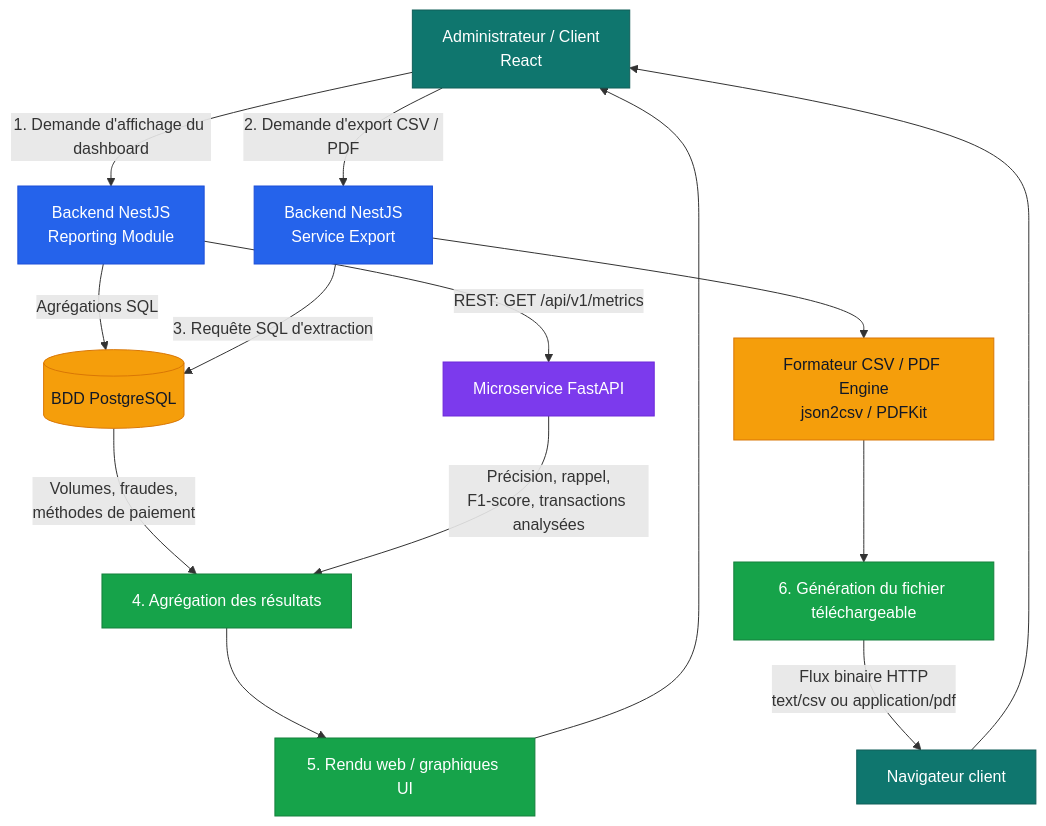
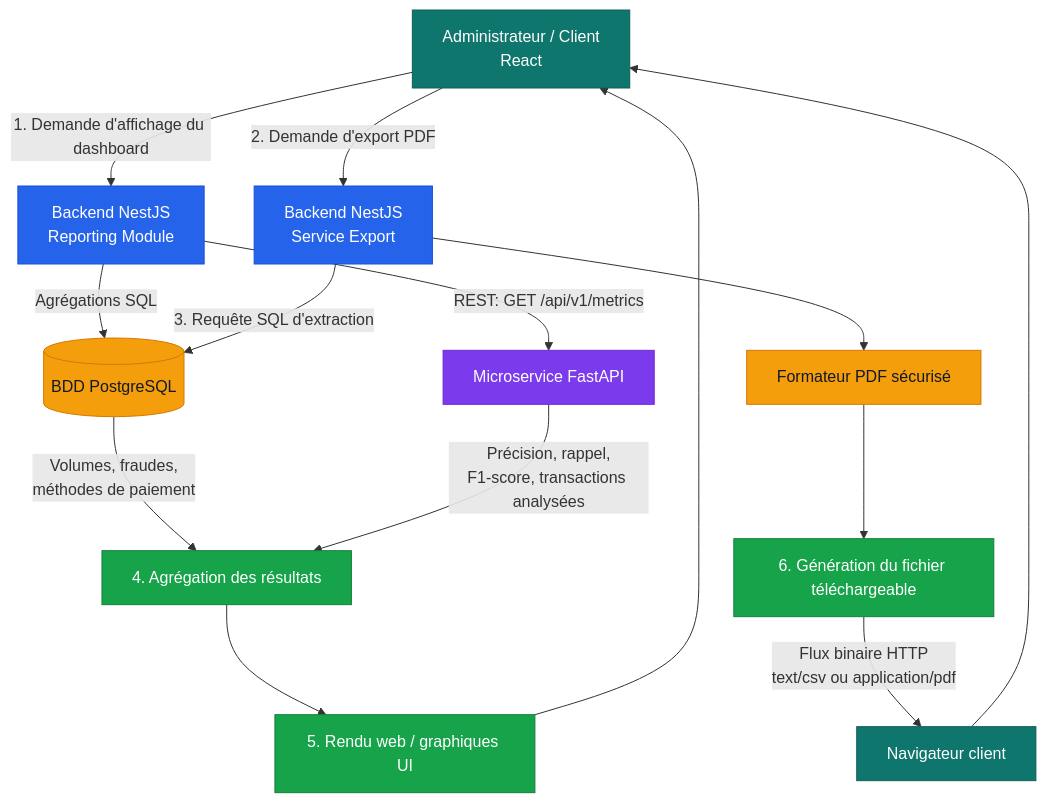
One commit to arsongype/PayeSmart changed the diagram in docs/workflow-analytics-reporting.md. Above: the diagram before and after it, drawn with Mermaid. The commit also changed other lines of this file and 37 other files, not shown here.

````diff
--- a/docs/workflow-analytics-reporting.md
+++ b/docs/workflow-analytics-reporting.md
@@ -5,33 +5,33 @@
 ```mermaid
 flowchart TD
     actor[Administrateur / Client<br/>React]
 
     actor -->|1. Demande d'affichage du dashboard| reporting[Backend NestJS<br/>Reporting Module]
-    actor -->|2. Demande d'export CSV / PDF| export[Backend NestJS<br/>Service Export]
+    actor -->|2. Demande d'export PDF| export[Backend NestJS<br/>Service Export]
 
     reporting -->|Agrégations SQL| database[(BDD PostgreSQL)]
     reporting -->|REST: GET /api/v1/metrics| ai[Microservice FastAPI]
     export -->|3. Requête SQL d'extraction| database
-    export --> formatter[Formateur CSV / PDF Engine<br/>json2csv / PDFKit]
+    export --> formatter[Formateur PDF sécurisé]
 
     database -->|Volumes, fraudes,<br/>méthodes de paiement| aggregate[4. Agrégation des résultats]
     ai -->|Précision, rappel,<br/>F1-score, transactions analysées| aggregate
     aggregate --> charts[5. Rendu web / graphiques UI]
     charts --> actor
 
     formatter --> file[6. Génération du fichier téléchargeable]
     file -->|Flux binaire HTTP<br/>text/csv ou application/pdf| download[Navigateur client]
     download --> actor
 
     classDef client fill:#0f766e,color:#fff,stroke:#115e59
     classDef backend fill:#2563eb,color:#fff,stroke:#1d4ed8
     classDef data fill:#f59e0b,color:#111827,stroke:#d97706
     classDef ai fill:#7c3aed,color:#fff,stroke:#6d28d9
     classDef output fill:#16a34a,color:#fff,stroke:#15803d
 
     class actor,download client
     class reporting,export backend
     class database,formatter data
     class ai ai
     class aggregate,charts,file output
 ```
````
